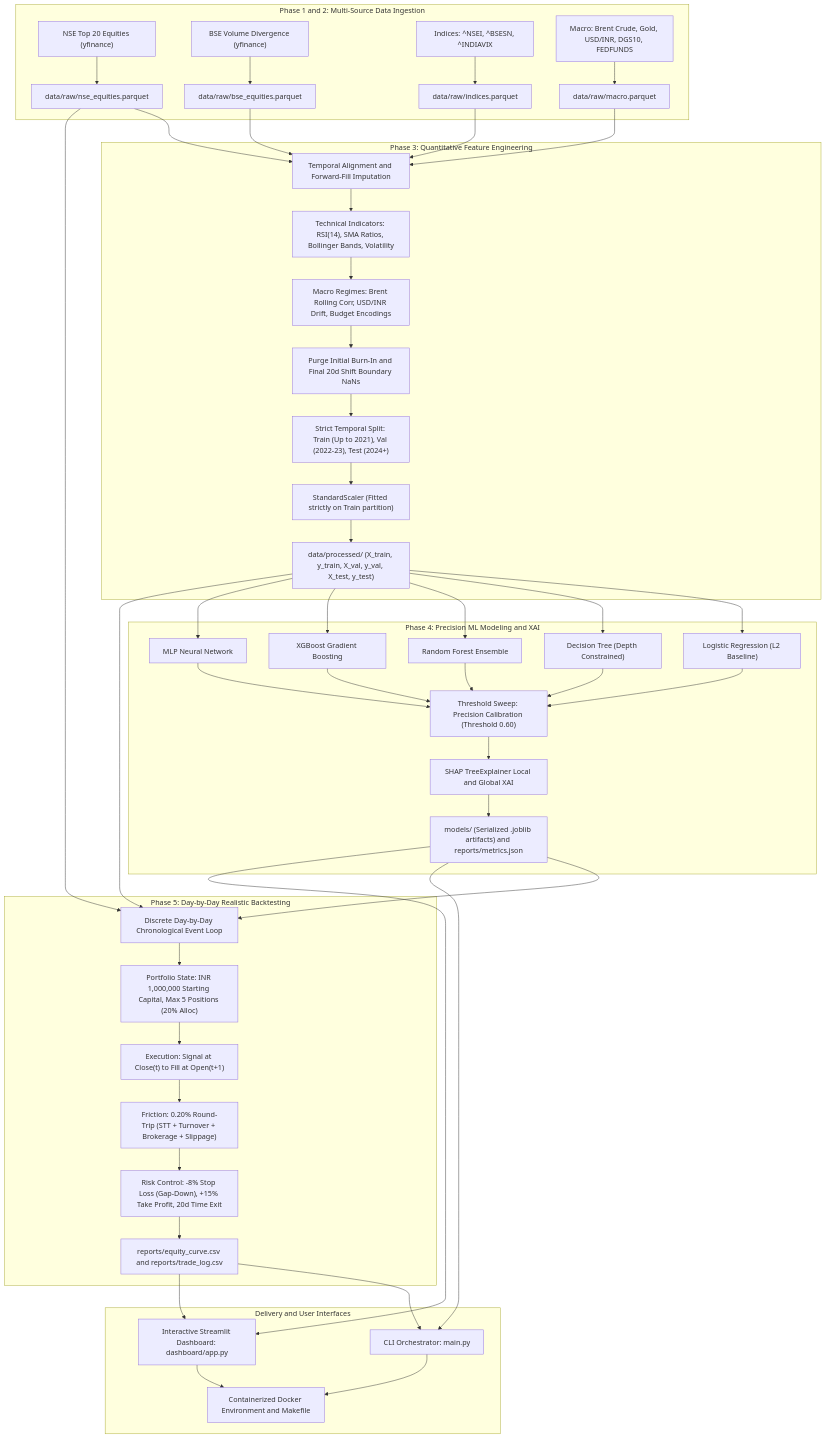
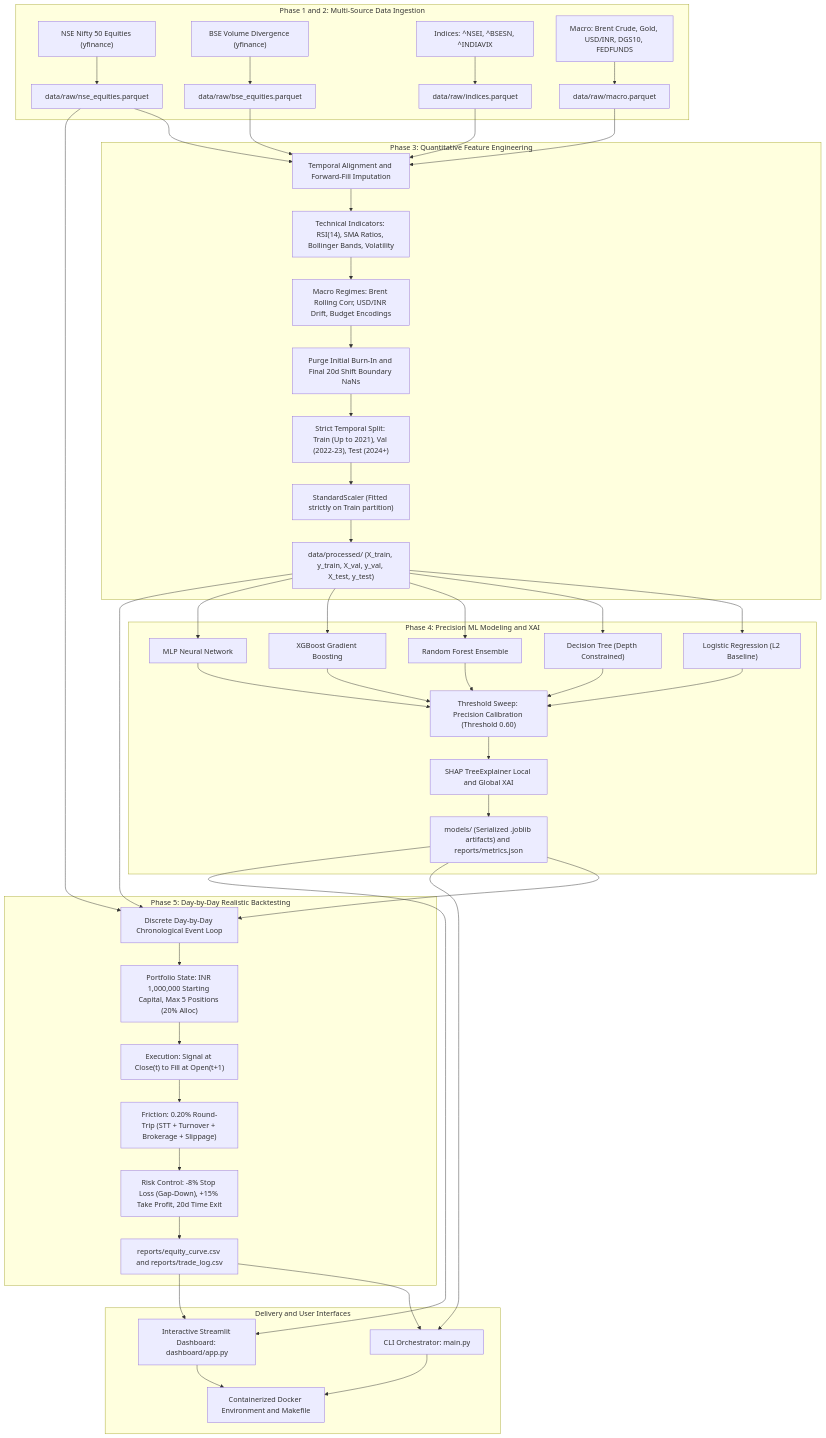
One commit to KrishnaG-101/NiftyAlpha changed the diagram in README.md. Above: the diagram before and after it, drawn with Mermaid. The commit also changed other lines of this file and 31 other files, not shown here.

````diff
--- a/README.md
+++ b/README.md
@@ -26,57 +26,57 @@
 ```mermaid
 flowchart TD
     subgraph DataIngestion [Phase 1 and 2: Multi-Source Data Ingestion]
-        A1["NSE Top 20 Equities (yfinance)"] --> D1["data/raw/nse_equities.parquet"]
+        A1["NSE Nifty 50 Equities (yfinance)"] --> D1["data/raw/nse_equities.parquet"]
         A2["BSE Volume Divergence (yfinance)"] --> D2["data/raw/bse_equities.parquet"]
         A3["Indices: ^NSEI, ^BSESN, ^INDIAVIX"] --> D3["data/raw/indices.parquet"]
         A4["Macro: Brent Crude, Gold, USD/INR, DGS10, FEDFUNDS"] --> D4["data/raw/macro.parquet"]
     end
 
     subgraph FeaturePipeline [Phase 3: Quantitative Feature Engineering]
         D1 --> F1["Temporal Alignment and Forward-Fill Imputation"]
         D2 --> F1
         D3 --> F1
         D4 --> F1
         F1 --> F2["Technical Indicators: RSI(14), SMA Ratios, Bollinger Bands, Volatility"]
         F2 --> F3["Macro Regimes: Brent Rolling Corr, USD/INR Drift, Budget Encodings"]
         F3 --> F4["Purge Initial Burn-In and Final 20d Shift Boundary NaNs"]
         F4 --> F5["Strict Temporal Split: Train (Up to 2021), Val (2022-23), Test (2024+)"]
         F5 --> F6["StandardScaler (Fitted strictly on Train partition)"]
         F6 --> F7["data/processed/ (X_train, y_train, X_val, y_val, X_test, y_test)"]
     end
 
     subgraph ModelingPipeline [Phase 4: Precision ML Modeling and XAI]
         F7 --> M1["Logistic Regression (L2 Baseline)"]
         F7 --> M2["Decision Tree (Depth Constrained)"]
         F7 --> M3["Random Forest Ensemble"]
         F7 --> M4["XGBoost Gradient Boosting"]
         F7 --> M5["MLP Neural Network"]
         M1 --> M6["Threshold Sweep: Precision Calibration (Threshold 0.60)"]
         M2 --> M6
         M3 --> M6
         M4 --> M6
         M5 --> M6
         M6 --> M7["SHAP TreeExplainer Local and Global XAI"]
         M7 --> M8["models/ (Serialized .joblib artifacts) and reports/metrics.json"]
     end
 
     subgraph SimulationPipeline [Phase 5: Day-by-Day Realistic Backtesting]
         M8 --> S1["Discrete Day-by-Day Chronological Event Loop"]
         F7 --> S1
         D1 --> S1
         S1 --> S2["Portfolio State: INR 1,000,000 Starting Capital, Max 5 Positions (20% Alloc)"]
         S2 --> S3["Execution: Signal at Close(t) to Fill at Open(t+1)"]
         S3 --> S4["Friction: 0.20% Round-Trip (STT + Turnover + Brokerage + Slippage)"]
         S4 --> S5["Risk Control: -8% Stop Loss (Gap-Down), +15% Take Profit, 20d Time Exit"]
         S5 --> S6["reports/equity_curve.csv and reports/trade_log.csv"]
     end
 
     subgraph Deployment [Delivery and User Interfaces]
         S6 --> U1["CLI Orchestrator: main.py"]
         M8 --> U1
         S6 --> U2["Interactive Streamlit Dashboard: dashboard/app.py"]
         M8 --> U2
         U1 --> U3["Containerized Docker Environment and Makefile"]
         U2 --> U3
     end
 ```
````
